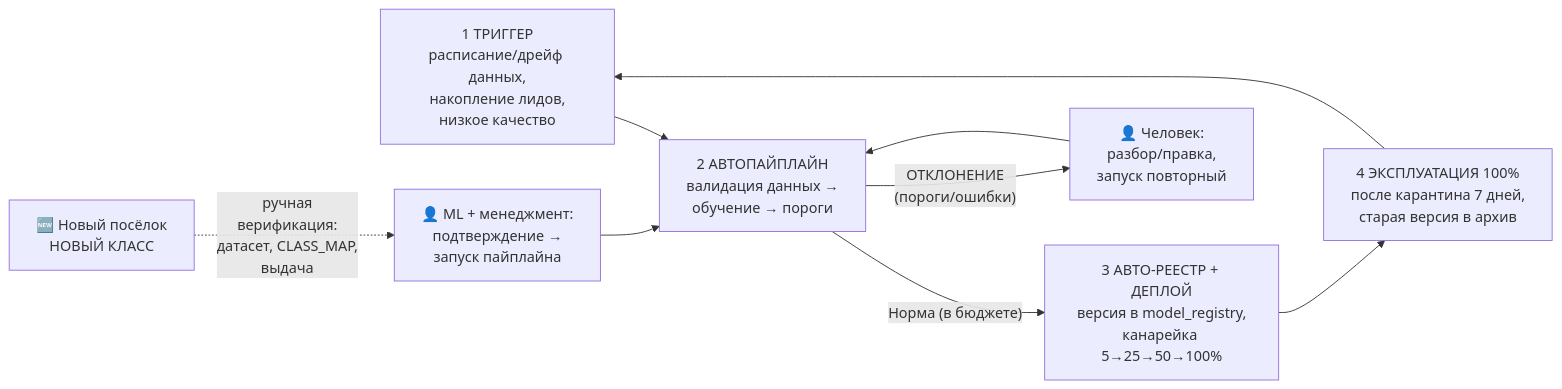
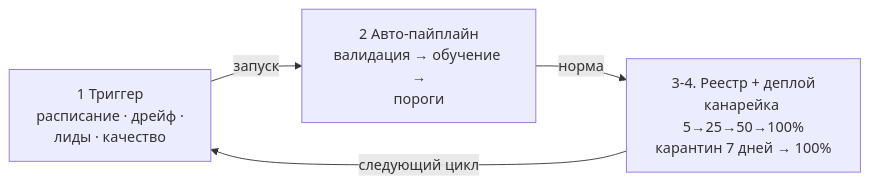
The first of 3 diagrams in Model_retrain_BPMN.md (AnnaKuznetsova-dotcom/video_app_a_production), drawn with Mermaid before and after one commit. The commit also changed other lines of this file and 1 other file, not shown here.

Commit message:
Split management diagrams into readable horizontal automatic/manual contours

````diff
--- a/Model_retrain_BPMN.md
+++ b/Model_retrain_BPMN.md
@@ -21,11 +26,6 @@
 ```mermaid
 flowchart LR
-    A["1 ТРИГГЕР<br/>расписание/дрейф данных,<br/>накопление лидов,<br/>низкое качество"] --> B["2 AВТОПАЙПЛАЙН<br/>валидация данных →<br/>обучение → пороги"]
-    B -- "Норма (в бюджете)" --> C["3 АВТО-РЕЕСТР + ДЕПЛОЙ<br/>версия в model_registry,<br/>канарейка 5→25→50→100%"]
-    C --> D["4 ЭКСПЛУАТАЦИЯ 100%<br/>после карантина 7 дней,<br/>старая версия в архив"]
-    B -- "ОТКЛОНЕНИЕ<br/>(пороги/ошибки)" --> F["👤 Человек:<br/>разбор/правка,<br/>запуск повторный"]
-    F --> B
-    G["🆕 Новый посёлок<br/>НОВЫЙ КЛАСС"] -.->|"ручная<br/>верификация:<br/>датасет, CLASS_MAP,<br/>выдача"| H["👤 ML + менеджмент:<br/>подтверждение →<br/>запуск пайплайна"]
-    H --> B
-    D --> A
+    A["1 Триггер<br/>расписание · дрейф ·<br/>лиды · качество"] -->|"запуск"| B["2 Авто-пайплайн<br/>валидация → обучение →<br/>пороги"]
+    B -- "норма" --> C["3-4. Реестр + деплой<br/>канарейка 5→25→50→100%<br/>карантин 7 дней → 100%"]
+    C -- "следующий цикл" --> A
 ```
````
